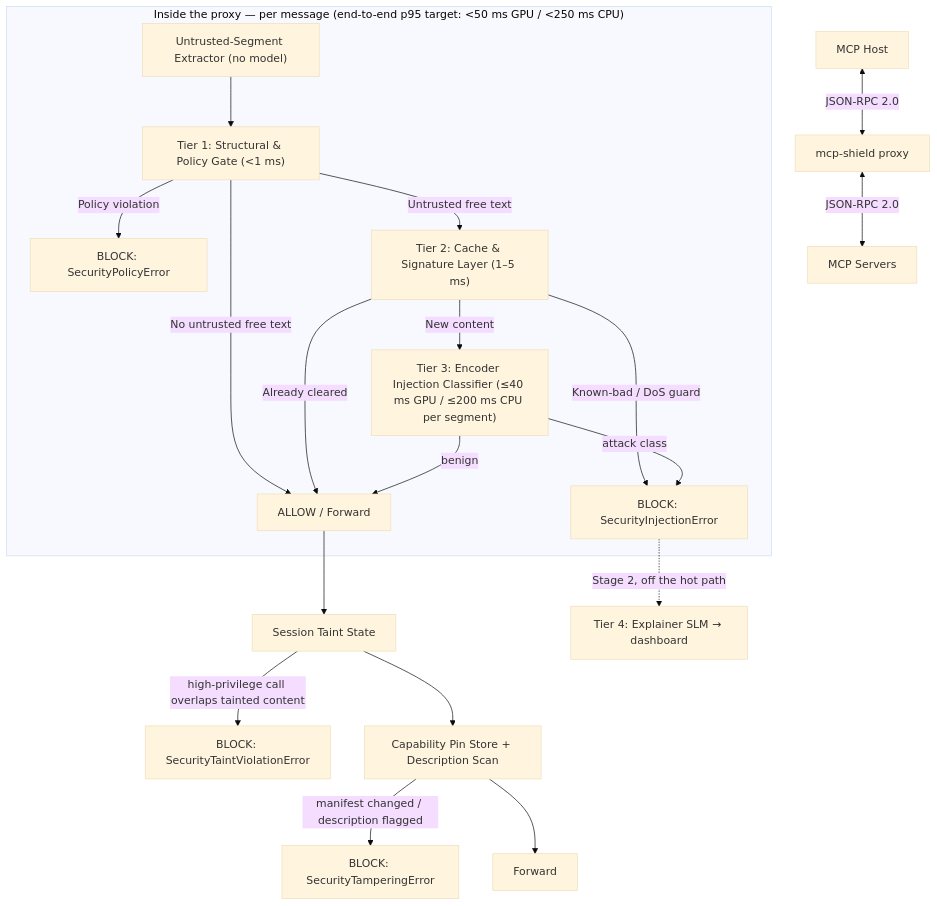
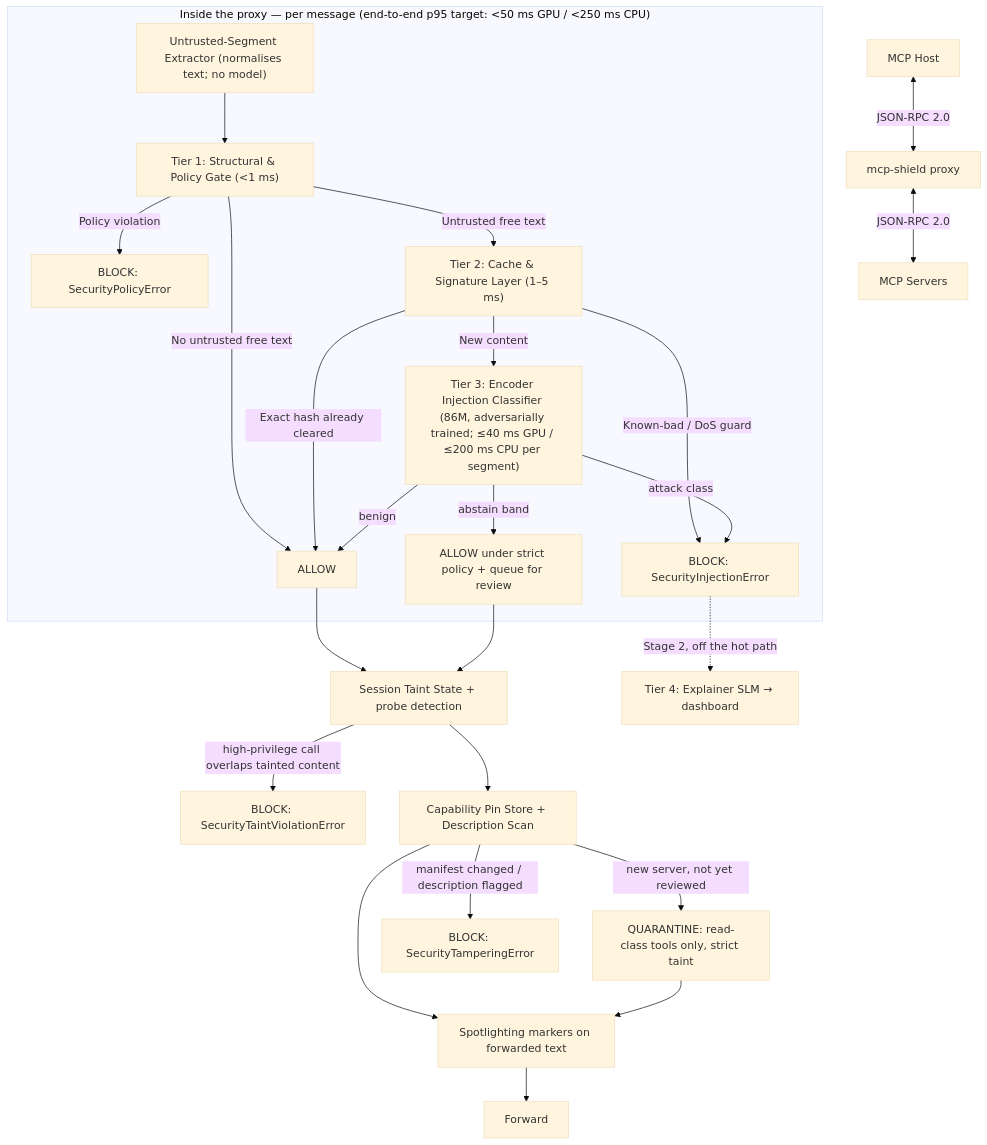
One commit to rishikeshvarma/MCP-Shield changed the ninth of 10 diagrams in MCP-Shield Complete Presentation Script & Project Blueprint.md. Above: the diagram before and after it, drawn with Mermaid (base theme). The commit also changed other lines of this file and 6 other files, not shown here.

First line of the commit message:
Re-sync every cascade diagram and the README with the current design

````diff
--- a/MCP-Shield Complete Presentation Script & Project Blueprint.md
+++ b/MCP-Shield Complete Presentation Script & Project Blueprint.md
@@ -329,24 +329,29 @@
 ```mermaid
 graph TD
     Host["MCP Host"] <-->|"JSON-RPC 2.0"| Proxy["mcp-shield proxy"]
     Proxy <-->|"JSON-RPC 2.0"| Servers["MCP Servers"]
 
     subgraph Cascade["Inside the proxy — per message (end-to-end p95 target: <50 ms GPU / <250 ms CPU)"]
-        Ext["Untrusted-Segment Extractor (no model)"] --> T1["Tier 1: Structural & Policy Gate (<1 ms)"]
+        Ext["Untrusted-Segment Extractor (normalises text; no model)"] --> T1["Tier 1: Structural & Policy Gate (<1 ms)"]
         T1 -->|"Policy violation"| Deny1["BLOCK: SecurityPolicyError"]
-        T1 -->|"No untrusted free text"| Pass["ALLOW / Forward"]
+        T1 -->|"No untrusted free text"| Pass["ALLOW"]
         T1 -->|"Untrusted free text"| T2["Tier 2: Cache & Signature Layer (1–5 ms)"]
-        T2 -->|"Already cleared"| Pass
+        T2 -->|"Exact hash already cleared"| Pass
         T2 -->|"Known-bad / DoS guard"| Deny2["BLOCK: SecurityInjectionError"]
-        T2 -->|"New content"| T3["Tier 3: Encoder Injection Classifier (≤40 ms GPU / ≤200 ms CPU per segment)"]
+        T2 -->|"New content"| T3["Tier 3: Encoder Injection Classifier (86M, adversarially trained; ≤40 ms GPU / ≤200 ms CPU per segment)"]
         T3 -->|"benign"| Pass
+        T3 -->|"abstain band"| Abst["ALLOW under strict policy + queue for review"]
         T3 -->|"attack class"| Deny2
     end
 
-    Pass --> Taint["Session Taint State"]
+    Pass --> Taint["Session Taint State + probe detection"]
+    Abst --> Taint
     Taint -->|"high-privilege call overlaps tainted content"| Deny3["BLOCK: SecurityTaintViolationError"]
     Taint --> Pin["Capability Pin Store + Description Scan"]
+    Pin -->|"new server, not yet reviewed"| Quar["QUARANTINE: read-class tools only, strict taint"]
     Pin -->|"manifest changed / description flagged"| Deny4["BLOCK: SecurityTamperingError"]
-    Pin --> Out["Forward"]
+    Pin --> Spot["Spotlighting markers on forwarded text"]
+    Quar --> Spot
+    Spot --> Out["Forward"]
     Deny2 -.->|"Stage 2, off the hot path"| T4["Tier 4: Explainer SLM → dashboard"]
 ```
````
